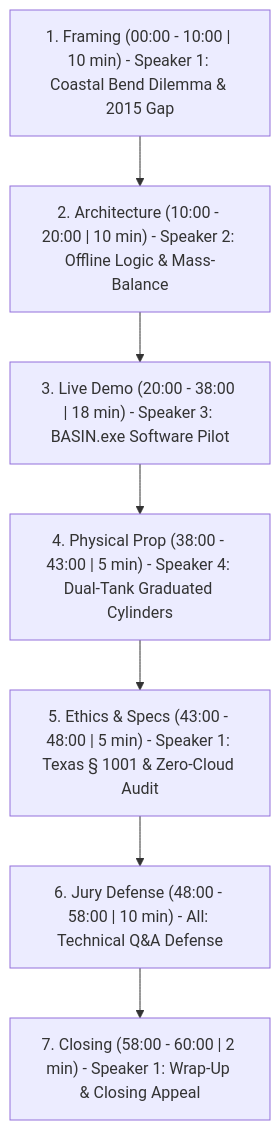
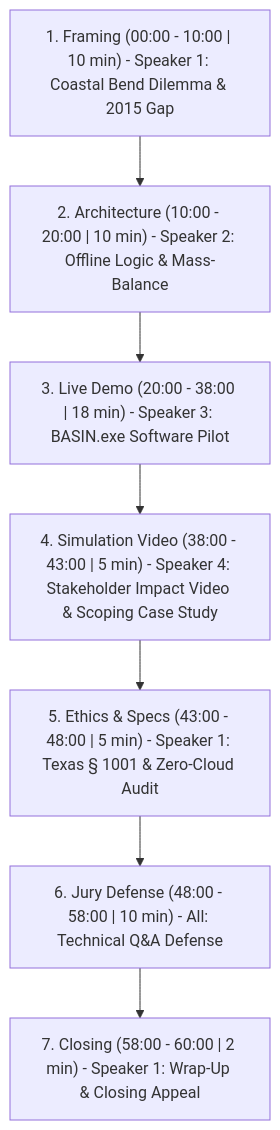
One commit to nothing2me/basin changed the diagram in docs/presentation_plan.md. Above: the diagram before and after it, drawn with Mermaid. The commit also changed other lines of this file, not shown here.

Commit message:
docs: adapt presentation plan segment 4 to simulation demonstration video

````diff
--- a/docs/presentation_plan.md
+++ b/docs/presentation_plan.md
@@ -26,12 +26,12 @@
 ```mermaid
 flowchart TD
     S1["1. Framing (00:00 - 10:00 | 10 min) - Speaker 1: Coastal Bend Dilemma & 2015 Gap"]
     S2["2. Architecture (10:00 - 20:00 | 10 min) - Speaker 2: Offline Logic & Mass-Balance"]
     S3["3. Live Demo (20:00 - 38:00 | 18 min) - Speaker 3: BASIN.exe Software Pilot"]
-    S4["4. Physical Prop (38:00 - 43:00 | 5 min) - Speaker 4: Dual-Tank Graduated Cylinders"]
+    S4["4. Simulation Video (38:00 - 43:00 | 5 min) - Speaker 4: Stakeholder Impact Video & Scoping Case Study"]
     S5["5. Ethics & Specs (43:00 - 48:00 | 5 min) - Speaker 1: Texas § 1001 & Zero-Cloud Audit"]
     S6["6. Jury Defense (48:00 - 58:00 | 10 min) - All: Technical Q&A Defense"]
     S7["7. Closing (58:00 - 60:00 | 2 min) - Speaker 1: Wrap-Up & Closing Appeal"]
 
     S1 --> S2 --> S3 --> S4 --> S5 --> S6 --> S7
 ```
````
